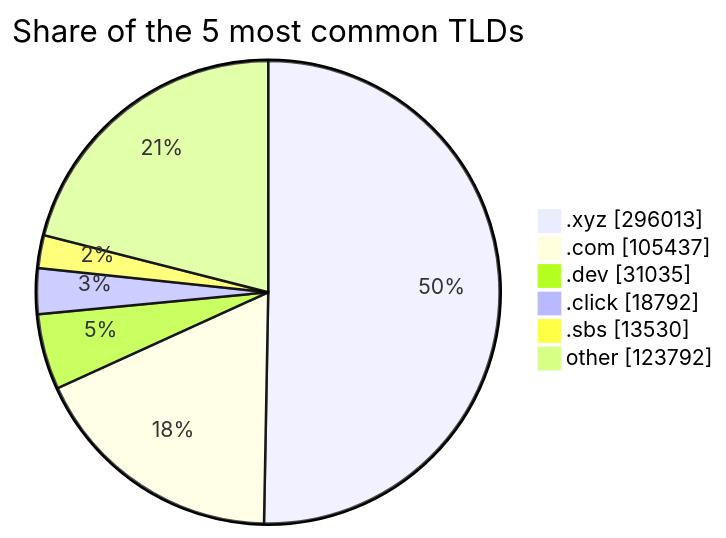
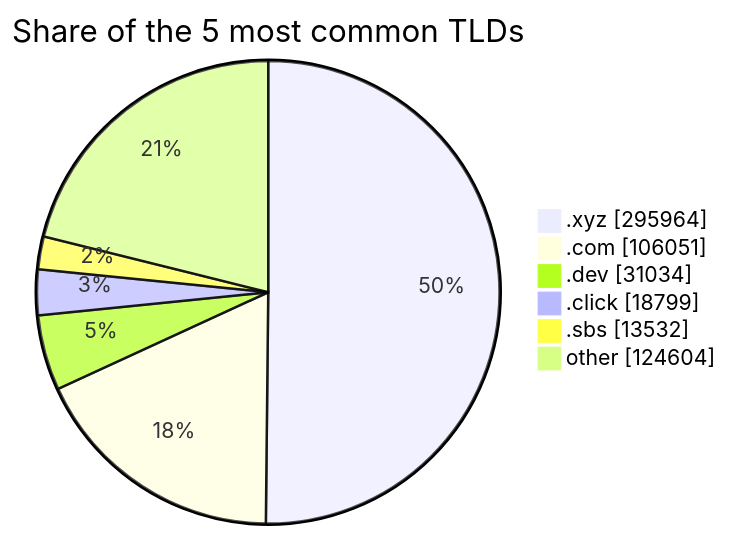
The third of 3 diagrams in README.md (DNSBunker/CTI), drawn with Mermaid before and after one commit. The commit also changed other lines of this file and 3 other files, not shown here.

````diff
--- a/README.md
+++ b/README.md
@@ -81,9 +81,9 @@
 ```mermaid
 pie showData title Share of the 5 most common TLDs
-    ".xyz" : 296013
-    ".com" : 105437
-    ".dev" : 31035
-    ".click" : 18792
-    ".sbs" : 13530
-    "other" : 123792
+    ".xyz" : 295964
+    ".com" : 106051
+    ".dev" : 31034
+    ".click" : 18799
+    ".sbs" : 13532
+    "other" : 124604
 ```
````
